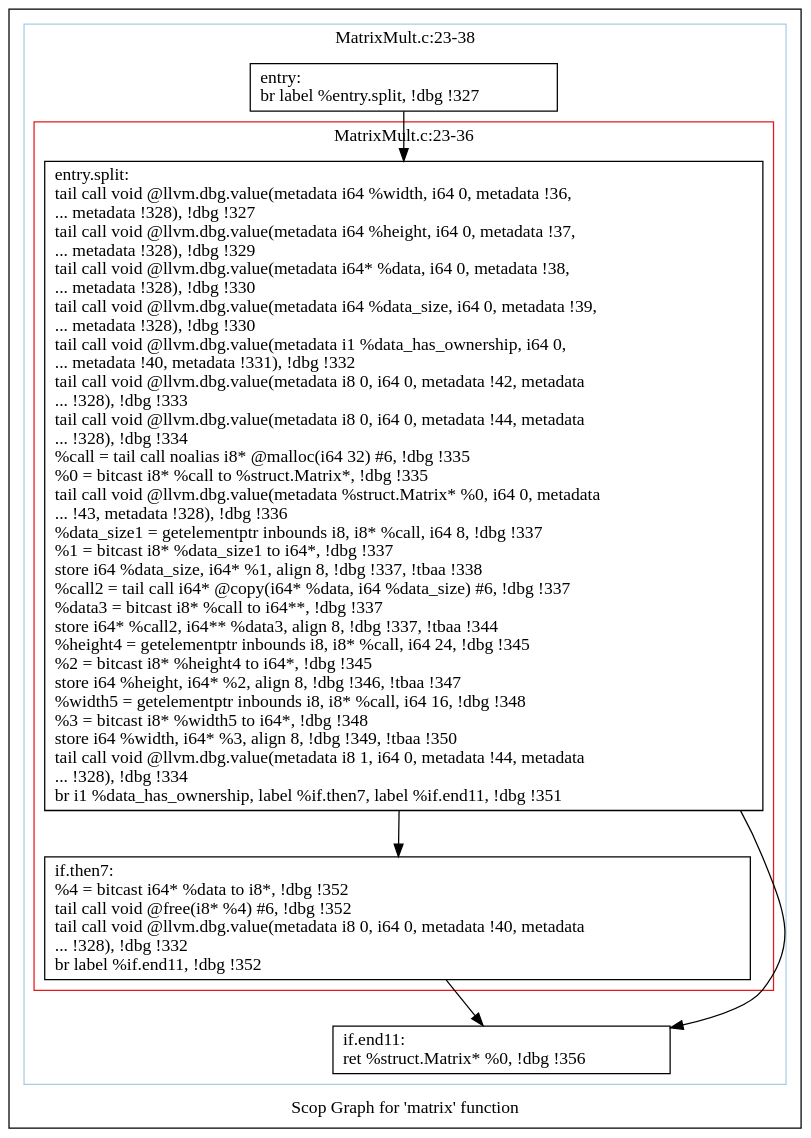
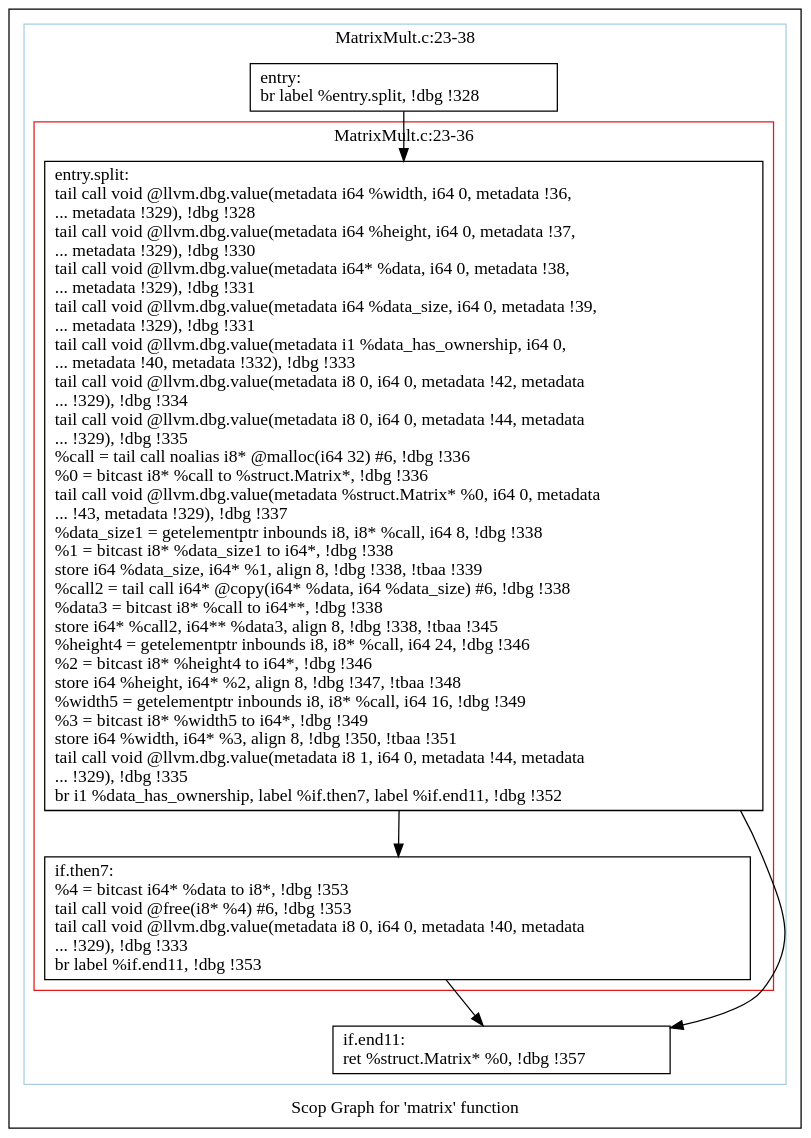
The diagram in polly/MatrixMult/impl/autogenerate1/dot/scops.matrix.dot (samminweng/WhileyOpenCL), drawn with Graphviz before and after one commit. The commit also changed 540 other files, not shown here.

```diff
--- a/polly/MatrixMult/impl/autogenerate1/dot/scops.matrix.dot
+++ b/polly/MatrixMult/impl/autogenerate1/dot/scops.matrix.dot
@@ -1,29 +1,29 @@
 digraph "Scop Graph for 'matrix' function" {
 	label="Scop Graph for 'matrix' function";
 
-	Node0x9da7400 [shape=record,label="{entry:\l  br label %entry.split, !dbg !327\l}"];
-	Node0x9da7400 -> Node0x9d84780;
-	Node0x9d84780 [shape=record,label="{entry.split:                                      \l  tail call void @llvm.dbg.value(metadata i64 %width, i64 0, metadata !36,\l... metadata !328), !dbg !327\l  tail call void @llvm.dbg.value(metadata i64 %height, i64 0, metadata !37,\l... metadata !328), !dbg !329\l  tail call void @llvm.dbg.value(metadata i64* %data, i64 0, metadata !38,\l... metadata !328), !dbg !330\l  tail call void @llvm.dbg.value(metadata i64 %data_size, i64 0, metadata !39,\l... metadata !328), !dbg !330\l  tail call void @llvm.dbg.value(metadata i1 %data_has_ownership, i64 0,\l... metadata !40, metadata !331), !dbg !332\l  tail call void @llvm.dbg.value(metadata i8 0, i64 0, metadata !42, metadata\l... !328), !dbg !333\l  tail call void @llvm.dbg.value(metadata i8 0, i64 0, metadata !44, metadata\l... !328), !dbg !334\l  %call = tail call noalias i8* @malloc(i64 32) #6, !dbg !335\l  %0 = bitcast i8* %call to %struct.Matrix*, !dbg !335\l  tail call void @llvm.dbg.value(metadata %struct.Matrix* %0, i64 0, metadata\l... !43, metadata !328), !dbg !336\l  %data_size1 = getelementptr inbounds i8, i8* %call, i64 8, !dbg !337\l  %1 = bitcast i8* %data_size1 to i64*, !dbg !337\l  store i64 %data_size, i64* %1, align 8, !dbg !337, !tbaa !338\l  %call2 = tail call i64* @copy(i64* %data, i64 %data_size) #6, !dbg !337\l  %data3 = bitcast i8* %call to i64**, !dbg !337\l  store i64* %call2, i64** %data3, align 8, !dbg !337, !tbaa !344\l  %height4 = getelementptr inbounds i8, i8* %call, i64 24, !dbg !345\l  %2 = bitcast i8* %height4 to i64*, !dbg !345\l  store i64 %height, i64* %2, align 8, !dbg !346, !tbaa !347\l  %width5 = getelementptr inbounds i8, i8* %call, i64 16, !dbg !348\l  %3 = bitcast i8* %width5 to i64*, !dbg !348\l  store i64 %width, i64* %3, align 8, !dbg !349, !tbaa !350\l  tail call void @llvm.dbg.value(metadata i8 1, i64 0, metadata !44, metadata\l... !328), !dbg !334\l  br i1 %data_has_ownership, label %if.then7, label %if.end11, !dbg !351\l}"];
-	Node0x9d84780 -> Node0x9d84530;
-	Node0x9d84780 -> Node0x9ee44b0;
-	Node0x9d84530 [shape=record,label="{if.then7:                                         \l  %4 = bitcast i64* %data to i8*, !dbg !352\l  tail call void @free(i8* %4) #6, !dbg !352\l  tail call void @llvm.dbg.value(metadata i8 0, i64 0, metadata !40, metadata\l... !328), !dbg !332\l  br label %if.end11, !dbg !352\l}"];
-	Node0x9d84530 -> Node0x9ee44b0;
-	Node0x9ee44b0 [shape=record,label="{if.end11:                                         \l  ret %struct.Matrix* %0, !dbg !356\l}"];
+	Node0x9b18400 [shape=record,label="{entry:\l  br label %entry.split, !dbg !328\l}"];
+	Node0x9b18400 -> Node0x9aa6c50;
+	Node0x9aa6c50 [shape=record,label="{entry.split:                                      \l  tail call void @llvm.dbg.value(metadata i64 %width, i64 0, metadata !36,\l... metadata !329), !dbg !328\l  tail call void @llvm.dbg.value(metadata i64 %height, i64 0, metadata !37,\l... metadata !329), !dbg !330\l  tail call void @llvm.dbg.value(metadata i64* %data, i64 0, metadata !38,\l... metadata !329), !dbg !331\l  tail call void @llvm.dbg.value(metadata i64 %data_size, i64 0, metadata !39,\l... metadata !329), !dbg !331\l  tail call void @llvm.dbg.value(metadata i1 %data_has_ownership, i64 0,\l... metadata !40, metadata !332), !dbg !333\l  tail call void @llvm.dbg.value(metadata i8 0, i64 0, metadata !42, metadata\l... !329), !dbg !334\l  tail call void @llvm.dbg.value(metadata i8 0, i64 0, metadata !44, metadata\l... !329), !dbg !335\l  %call = tail call noalias i8* @malloc(i64 32) #6, !dbg !336\l  %0 = bitcast i8* %call to %struct.Matrix*, !dbg !336\l  tail call void @llvm.dbg.value(metadata %struct.Matrix* %0, i64 0, metadata\l... !43, metadata !329), !dbg !337\l  %data_size1 = getelementptr inbounds i8, i8* %call, i64 8, !dbg !338\l  %1 = bitcast i8* %data_size1 to i64*, !dbg !338\l  store i64 %data_size, i64* %1, align 8, !dbg !338, !tbaa !339\l  %call2 = tail call i64* @copy(i64* %data, i64 %data_size) #6, !dbg !338\l  %data3 = bitcast i8* %call to i64**, !dbg !338\l  store i64* %call2, i64** %data3, align 8, !dbg !338, !tbaa !345\l  %height4 = getelementptr inbounds i8, i8* %call, i64 24, !dbg !346\l  %2 = bitcast i8* %height4 to i64*, !dbg !346\l  store i64 %height, i64* %2, align 8, !dbg !347, !tbaa !348\l  %width5 = getelementptr inbounds i8, i8* %call, i64 16, !dbg !349\l  %3 = bitcast i8* %width5 to i64*, !dbg !349\l  store i64 %width, i64* %3, align 8, !dbg !350, !tbaa !351\l  tail call void @llvm.dbg.value(metadata i8 1, i64 0, metadata !44, metadata\l... !329), !dbg !335\l  br i1 %data_has_ownership, label %if.then7, label %if.end11, !dbg !352\l}"];
+	Node0x9aa6c50 -> Node0x9aafd70;
+	Node0x9aa6c50 -> Node0x9a9eab0;
+	Node0x9aafd70 [shape=record,label="{if.then7:                                         \l  %4 = bitcast i64* %data to i8*, !dbg !353\l  tail call void @free(i8* %4) #6, !dbg !353\l  tail call void @llvm.dbg.value(metadata i8 0, i64 0, metadata !40, metadata\l... !329), !dbg !333\l  br label %if.end11, !dbg !353\l}"];
+	Node0x9aafd70 -> Node0x9a9eab0;
+	Node0x9a9eab0 [shape=record,label="{if.end11:                                         \l  ret %struct.Matrix* %0, !dbg !357\l}"];
 	colorscheme = "paired12"
-        subgraph cluster_0x9dbfc60 {
+        subgraph cluster_0x9b6b030 {
           label = "MatrixMult.c:23-38
 ";
           style = solid;
           color = 1
-          subgraph cluster_0x9e200e0 {
+          subgraph cluster_0x9b6ab50 {
             label = "MatrixMult.c:23-36
 ";
             style = solid;
             color = 6
-            Node0x9d84780;
-            Node0x9d84530;
+            Node0x9aa6c50;
+            Node0x9aafd70;
           }
-          Node0x9da7400;
-          Node0x9ee44b0;
+          Node0x9b18400;
+          Node0x9a9eab0;
         }
 }
```
